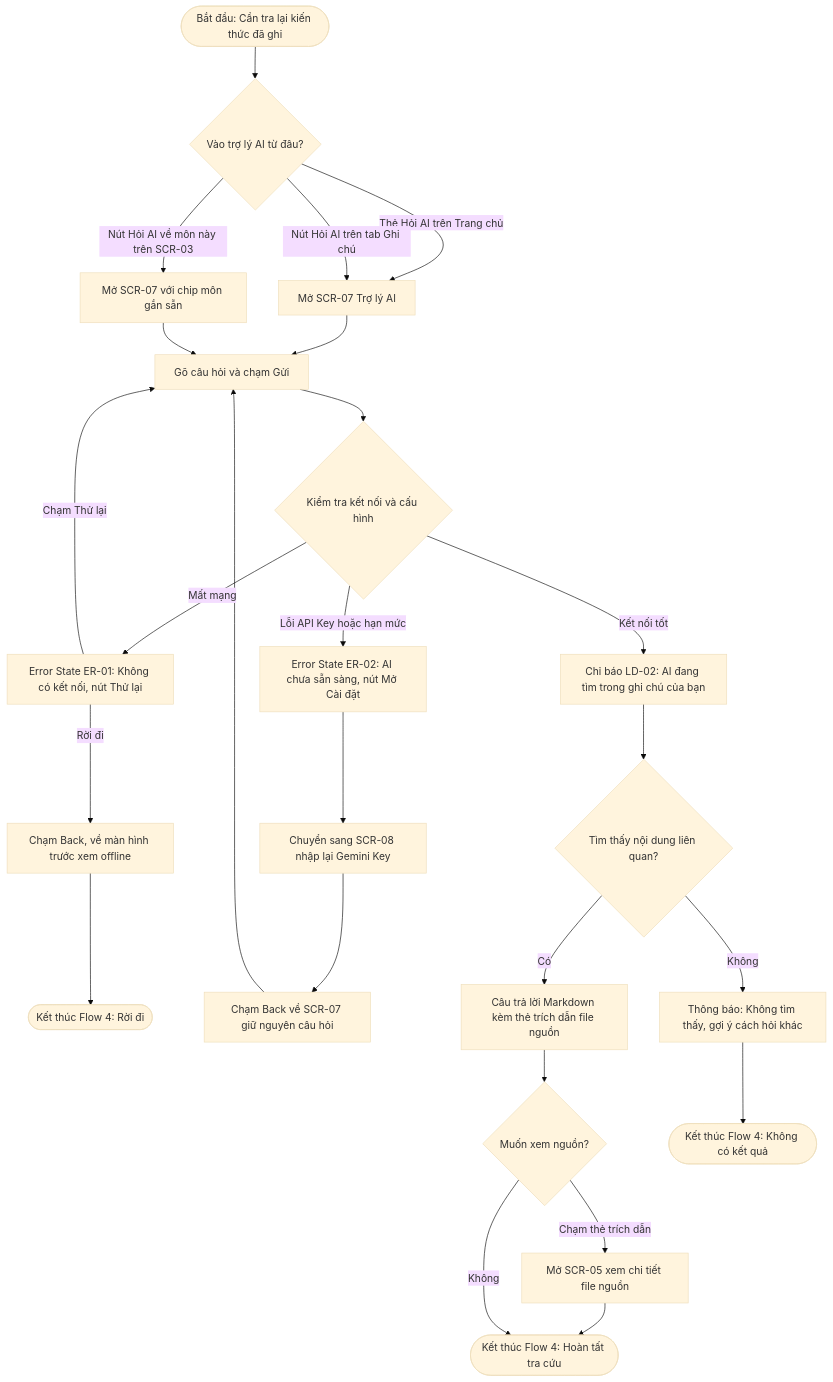
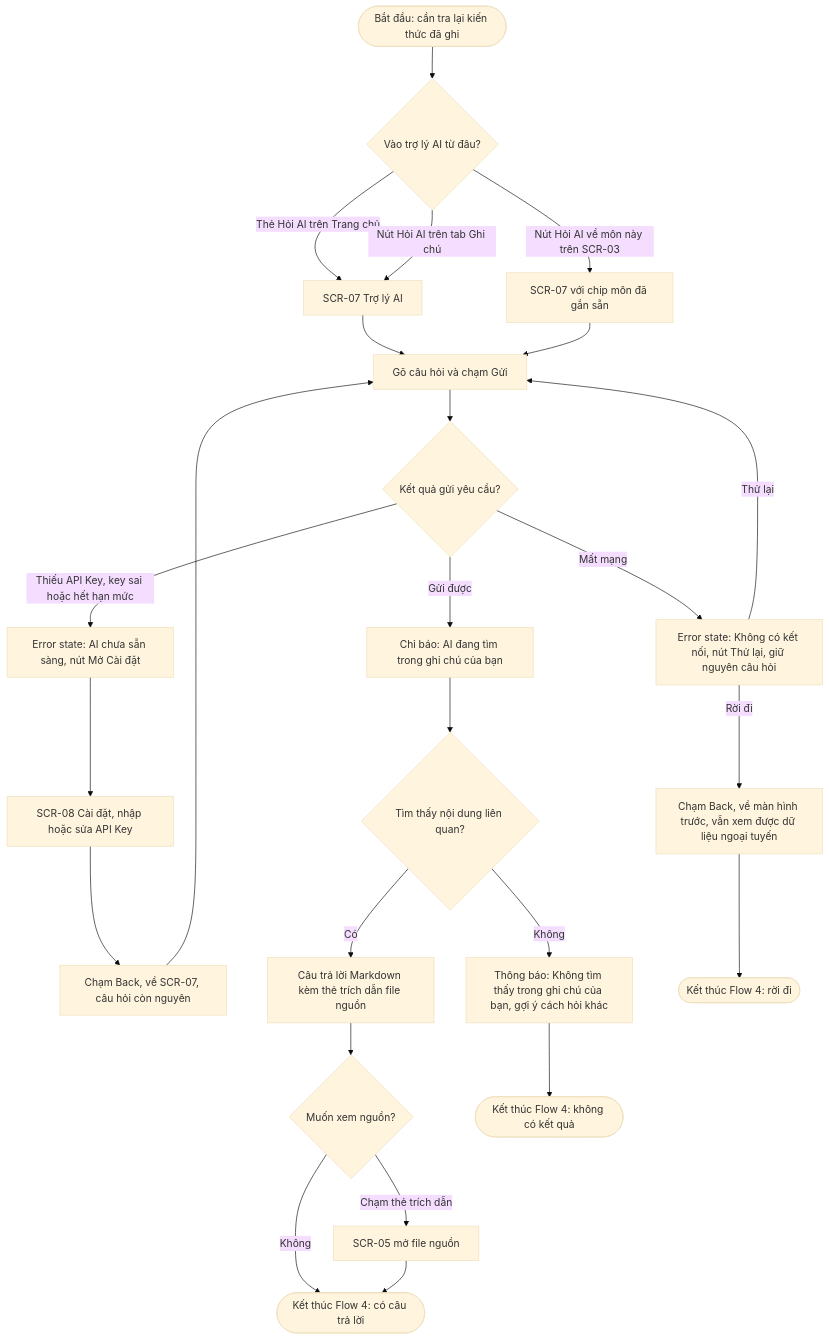
The fourth of 4 diagrams in user-flow.md (quanglong68/prm323-lab2-gr6), drawn with Mermaid (base theme) before and after one commit. The commit also changed other lines of this file and 1 other file, not shown here.

Commit message:
docs: finalize UX specs, 4 user flows, and design system token

````diff
--- a/user-flow.md
+++ b/user-flow.md
@@ -217,27 +215,27 @@
 ```mermaid
 flowchart TD
-    Start(["Bắt đầu: Cần tra lại kiến thức đã ghi"]) --> ChooseEntryPoint{"Vào trợ lý AI từ đâu?"}
-    ChooseEntryPoint -->|Thẻ Hỏi AI trên Trang chủ| EnterAIChat["Mở SCR-07 Trợ lý AI"]
-    ChooseEntryPoint -->|Nút Hỏi AI trên tab Ghi chú| EnterAIChat
-    ChooseEntryPoint -->|Nút Hỏi AI về môn này trên SCR-03| EnterAIChatWithTag["Mở SCR-07 với chip môn gắn sẵn"]
-    EnterAIChat --> SendPrompt["Gõ câu hỏi và chạm Gửi"]
-    EnterAIChatWithTag --> SendPrompt
-    SendPrompt --> CheckConnection{"Kiểm tra kết nối và cấu hình"}
-    CheckConnection -->|Mất mạng| NetError["Error State ER-01: Không có kết nối, nút Thử lại"]
-    NetError -->|Chạm Thử lại| SendPrompt
-    NetError -->|Rời đi| BackOffline["Chạm Back, về màn hình trước xem offline"]
-    BackOffline --> EndFlow4Leave(["Kết thúc Flow 4: Rời đi"])
-    CheckConnection -->|Lỗi API Key hoặc hạn mức| KeyError["Error State ER-02: AI chưa sẵn sàng, nút Mở Cài đặt"]
-    KeyError --> OpenSettings["Chuyển sang SCR-08 nhập lại Gemini Key"]
-    OpenSettings --> BackToChat["Chạm Back về SCR-07 giữ nguyên câu hỏi"]
-    BackToChat --> SendPrompt
-    CheckConnection -->|Kết nối tốt| LoadingRAG["Chỉ báo LD-02: AI đang tìm trong ghi chú của bạn"]
-    LoadingRAG --> CheckRelevant{"Tìm thấy nội dung liên quan?"}
-    CheckRelevant -->|Có| ShowAnswer["Câu trả lời Markdown kèm thẻ trích dẫn file nguồn"]
-    ShowAnswer --> TapSource{"Muốn xem nguồn?"}
-    TapSource -->|Chạm thẻ trích dẫn| OpenSourceInEditor["Mở SCR-05 xem chi tiết file nguồn"]
-    OpenSourceInEditor --> EndFlow4Answered(["Kết thúc Flow 4: Hoàn tất tra cứu"])
-    TapSource -->|Không| EndFlow4Answered
-    CheckRelevant -->|Không| ShowNotFound["Thông báo: Không tìm thấy, gợi ý cách hỏi khác"]
-    ShowNotFound --> EndFlow4NotFound(["Kết thúc Flow 4: Không có kết quả"])
+    Start(["Bắt đầu: cần tra lại kiến thức đã ghi"]) --> Entry{"Vào trợ lý AI từ đâu?"}
+    Entry -->|Thẻ Hỏi AI trên Trang chủ| Chat["SCR-07 Trợ lý AI"]
+    Entry -->|Nút Hỏi AI trên tab Ghi chú| Chat
+    Entry -->|Nút Hỏi AI về môn này trên SCR-03| ChatCtx["SCR-07 với chip môn đã gắn sẵn"]
+    Chat --> Ask["Gõ câu hỏi và chạm Gửi"]
+    ChatCtx --> Ask
+    Ask --> Result{"Kết quả gửi yêu cầu?"}
+    Result -->|Mất mạng| ErrNet["Error state: Không có kết nối, nút Thử lại, giữ nguyên câu hỏi"]
+    Result -->|Thiếu API Key, key sai hoặc hết hạn mức| ErrKey["Error state: AI chưa sẵn sàng, nút Mở Cài đặt"]
+    Result -->|Gửi được| Loading["Chỉ báo: AI đang tìm trong ghi chú của bạn"]
+    ErrNet -->|Thử lại| Ask
+    ErrNet -->|Rời đi| Leave["Chạm Back, về màn hình trước, vẫn xem được dữ liệu ngoại tuyến"]
+    ErrKey --> Settings["SCR-08 Cài đặt, nhập hoặc sửa API Key"]
+    Settings --> BackChat["Chạm Back, về SCR-07, câu hỏi còn nguyên"]
+    BackChat --> Ask
+    Loading --> Found{"Tìm thấy nội dung liên quan?"}
+    Found -->|Có| Answer["Câu trả lời Markdown kèm thẻ trích dẫn file nguồn"]
+    Found -->|Không| NoResult["Thông báo: Không tìm thấy trong ghi chú của bạn, gợi ý cách hỏi khác"]
+    Answer --> Cite{"Muốn xem nguồn?"}
+    Cite -->|Chạm thẻ trích dẫn| OpenSrc["SCR-05 mở file nguồn"]
+    Cite -->|Không| EndOk(["Kết thúc Flow 4: có câu trả lời"])
+    OpenSrc --> EndOk
+    NoResult --> EndNo(["Kết thúc Flow 4: không có kết quả"])
+    Leave --> EndLeave(["Kết thúc Flow 4: rời đi"])
 ```
````
